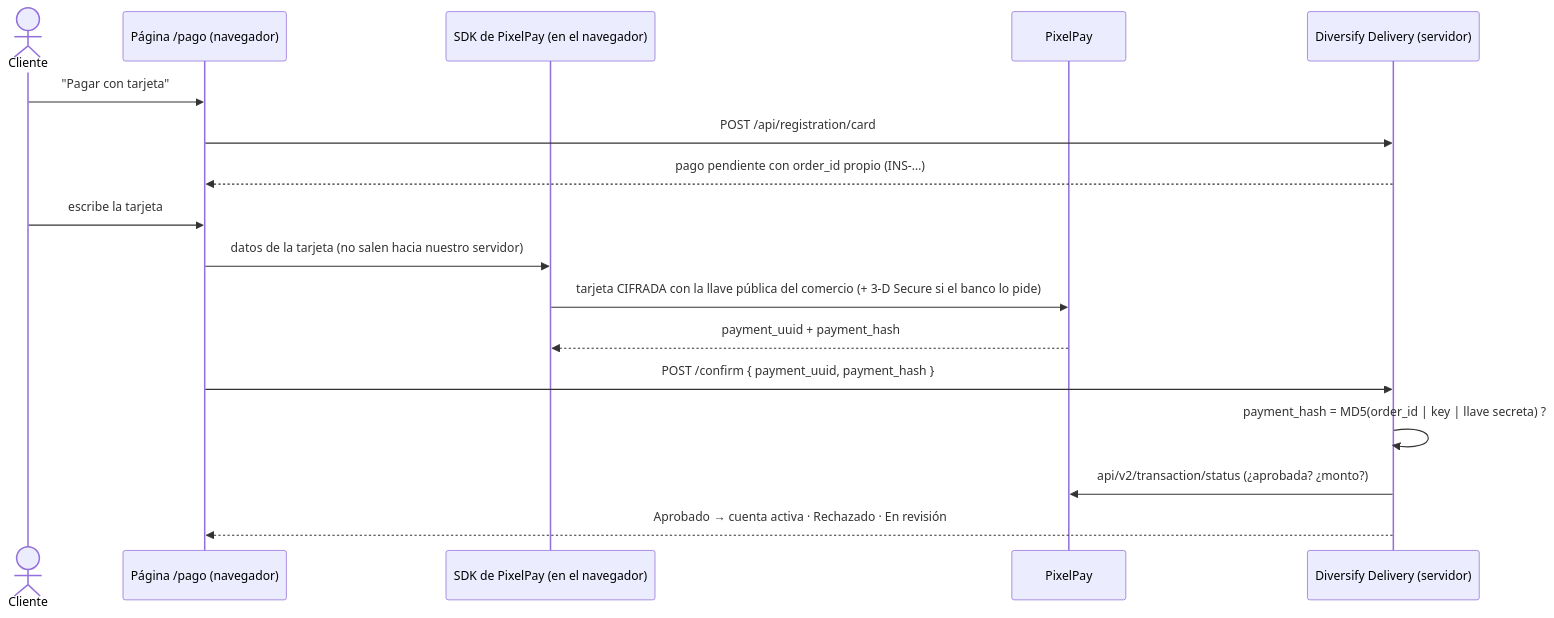
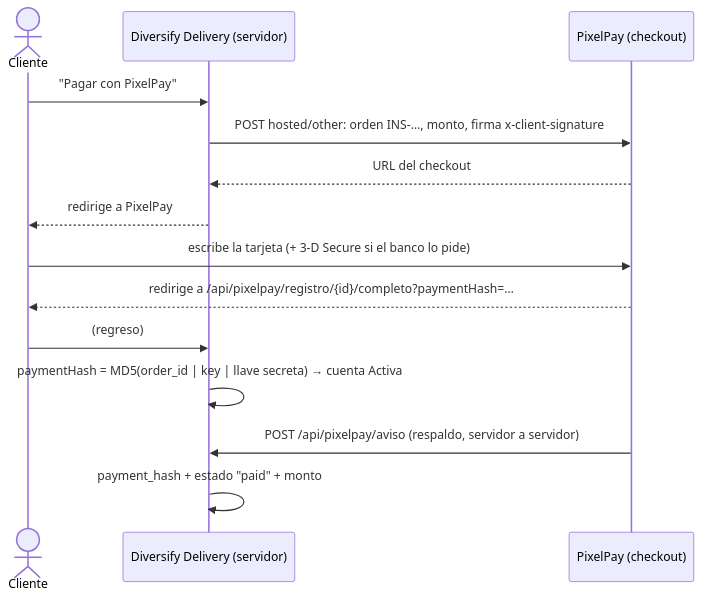
One commit to kevinxonium153/DiversifyDelivery changed the diagram in docs/PIXELPAY.md. Above: the diagram before and after it, drawn with Mermaid. The commit also changed other lines of this file and 30 other files, not shown here.

First line of the commit message:
PixelPay con Hosted Payment, según la documentación oficial

````diff
--- a/docs/PIXELPAY.md
+++ b/docs/PIXELPAY.md
@@ -12,19 +16,16 @@
 ```mermaid
 sequenceDiagram
     actor C as Cliente
-    participant P as Página /pago (navegador)
-    participant SDK as SDK de PixelPay (en el navegador)
-    participant PX as PixelPay
     participant D as Diversify Delivery (servidor)
-    C->>P: "Pagar con tarjeta"
-    P->>D: POST /api/registration/card
-    D-->>P: pago pendiente con order_id propio (INS-…)
-    C->>P: escribe la tarjeta
-    P->>SDK: datos de la tarjeta (no salen hacia nuestro servidor)
-    SDK->>PX: tarjeta CIFRADA con la llave pública del comercio (+ 3-D Secure si el banco lo pide)
-    PX-->>SDK: payment_uuid + payment_hash
-    P->>D: POST /confirm { payment_uuid, payment_hash }
-    D->>D: payment_hash = MD5(order_id | key | llave secreta) ?
-    D->>PX: api/v2/transaction/status (¿aprobada? ¿monto?)
-    D-->>P: Aprobado → cuenta activa · Rechazado · En revisión
+    participant PX as PixelPay (checkout)
+    C->>D: "Pagar con PixelPay"
+    D->>PX: POST hosted/other: orden INS-…, monto, firma x-client-signature
+    PX-->>D: URL del checkout
+    D-->>C: redirige a PixelPay
+    C->>PX: escribe la tarjeta (+ 3-D Secure si el banco lo pide)
+    PX-->>C: redirige a /api/pixelpay/registro/{id}/completo?paymentHash=…
+    C->>D: (regreso)
+    D->>D: paymentHash = MD5(order_id | key | llave secreta) → cuenta Activa
+    PX->>D: POST /api/pixelpay/aviso (respaldo, servidor a servidor)
+    D->>D: payment_hash + estado "paid" + monto
 ```
````
